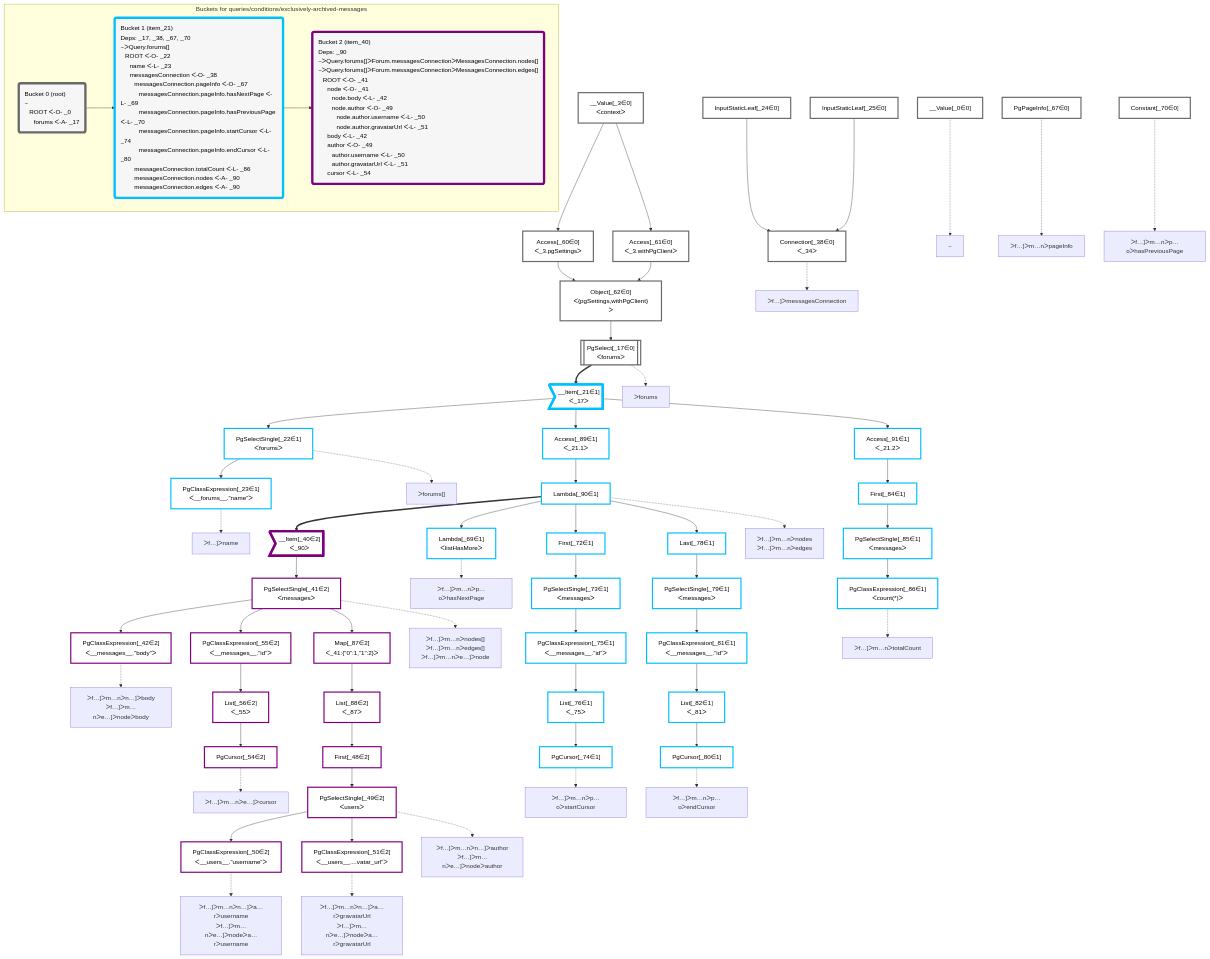
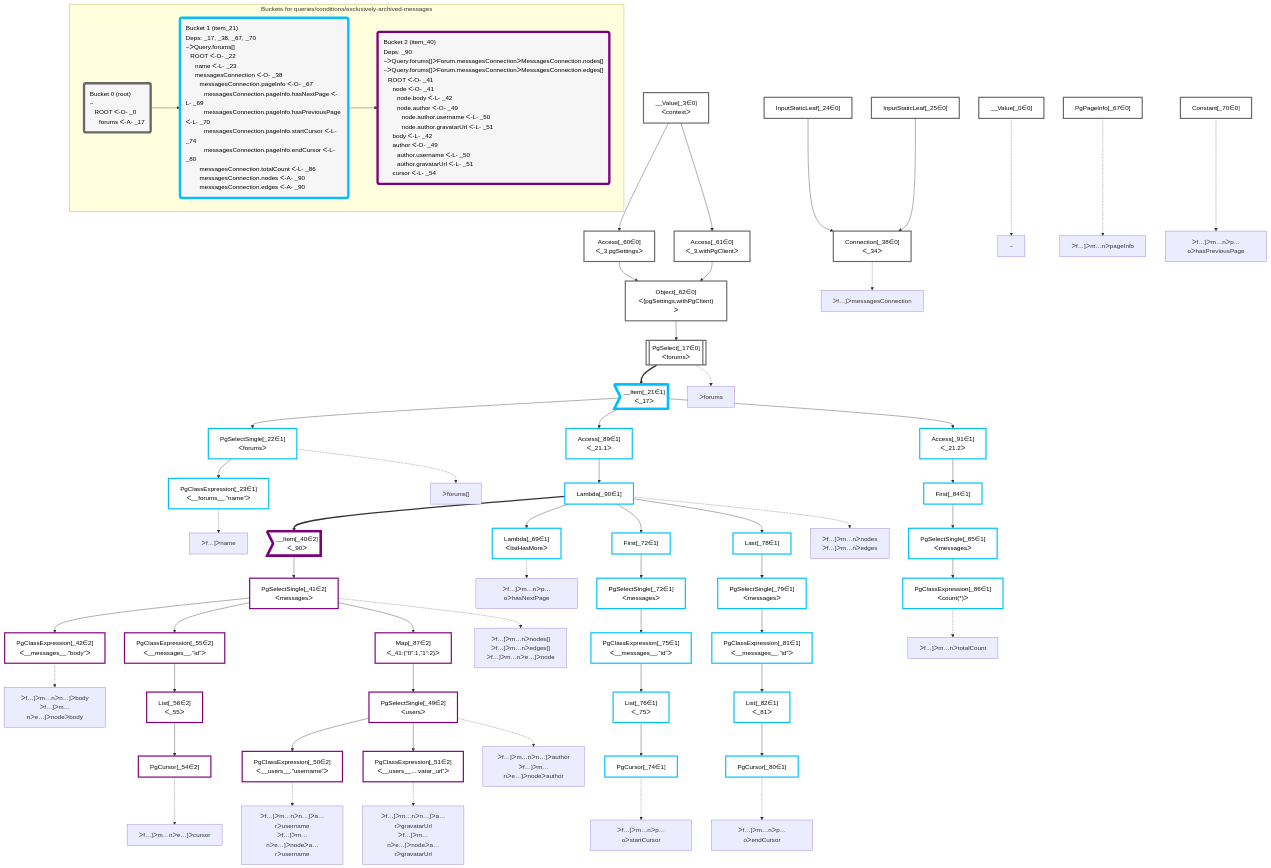
The diagram in packages/dataplan-pg/__tests__/queries/conditions/exclusively-archived-messages.mermaid.md (graphile/crystal), drawn with Mermaid before and after one commit. The commit also changed 67 other files, not shown here.

```diff
--- a/packages/dataplan-pg/__tests__/queries/conditions/exclusively-archived-messages.mermaid.md
+++ b/packages/dataplan-pg/__tests__/queries/conditions/exclusively-archived-messages.mermaid.md
@@ -20,7 +20,6 @@
     __Item_40>"__Item[_40∈2]<br />ᐸ_90ᐳ"]:::itemplan
     PgSelectSingle_41["PgSelectSingle[_41∈2]<br />ᐸmessagesᐳ"]:::plan
     PgClassExpression_42["PgClassExpression[_42∈2]<br />ᐸ__messages__.”body”ᐳ"]:::plan
-    First_48["First[_48∈2]"]:::plan
     PgSelectSingle_49["PgSelectSingle[_49∈2]<br />ᐸusersᐳ"]:::plan
     PgClassExpression_50["PgClassExpression[_50∈2]<br />ᐸ__users__.”username”ᐳ"]:::plan
     PgClassExpression_51["PgClassExpression[_51∈2]<br />ᐸ__users__....vatar_url”ᐳ"]:::plan
@@ -47,7 +46,6 @@
     PgSelectSingle_85["PgSelectSingle[_85∈1]<br />ᐸmessagesᐳ"]:::plan
     PgClassExpression_86["PgClassExpression[_86∈1]<br />ᐸcount(*)ᐳ"]:::plan
     Map_87["Map[_87∈2]<br />ᐸ_41:{”0”:1,”1”:2}ᐳ"]:::plan
-    List_88["List[_88∈2]<br />ᐸ_87ᐳ"]:::plan
     Access_89["Access[_89∈1]<br />ᐸ_21.1ᐳ"]:::plan
     Lambda_90["Lambda[_90∈1]"]:::plan
     Access_91["Access[_91∈1]<br />ᐸ_21.2ᐳ"]:::plan
@@ -62,8 +60,7 @@
     Lambda_90 ==> __Item_40
     __Item_40 --> PgSelectSingle_41
     PgSelectSingle_41 --> PgClassExpression_42
-    List_88 --> First_48
-    First_48 --> PgSelectSingle_49
+    Map_87 --> PgSelectSingle_49
     PgSelectSingle_49 --> PgClassExpression_50
     PgSelectSingle_49 --> PgClassExpression_51
     List_56 --> PgCursor_54
@@ -88,7 +85,6 @@
     First_84 --> PgSelectSingle_85
     PgSelectSingle_85 --> PgClassExpression_86
     PgSelectSingle_41 --> Map_87
-    Map_87 --> List_88
     __Item_21 --> Access_89
     Access_89 --> Lambda_90
     __Item_21 --> Access_91
@@ -137,7 +133,7 @@
     classDef bucket1 stroke:#00bfff
     class __Item_21,PgSelectSingle_22,PgClassExpression_23,Lambda_69,First_72,PgSelectSingle_73,PgCursor_74,PgClassExpression_75,List_76,Last_78,PgSelectSingle_79,PgCursor_80,PgClassExpression_81,List_82,First_84,PgSelectSingle_85,PgClassExpression_86,Access_89,Lambda_90,Access_91 bucket1
     classDef bucket2 stroke:#7f007f
-    class __Item_40,PgSelectSingle_41,PgClassExpression_42,First_48,PgSelectSingle_49,PgClassExpression_50,PgClassExpression_51,PgCursor_54,PgClassExpression_55,List_56,Map_87,List_88 bucket2
+    class __Item_40,PgSelectSingle_41,PgClassExpression_42,PgSelectSingle_49,PgClassExpression_50,PgClassExpression_51,PgCursor_54,PgClassExpression_55,List_56,Map_87 bucket2
 
     subgraph "Buckets for queries/conditions/exclusively-archived-messages"
     Bucket0("Bucket 0 (root)<br />~<br />⠀ROOT ᐸ-O- _0<br />⠀⠀forums ᐸ-A- _17"):::bucket
```
